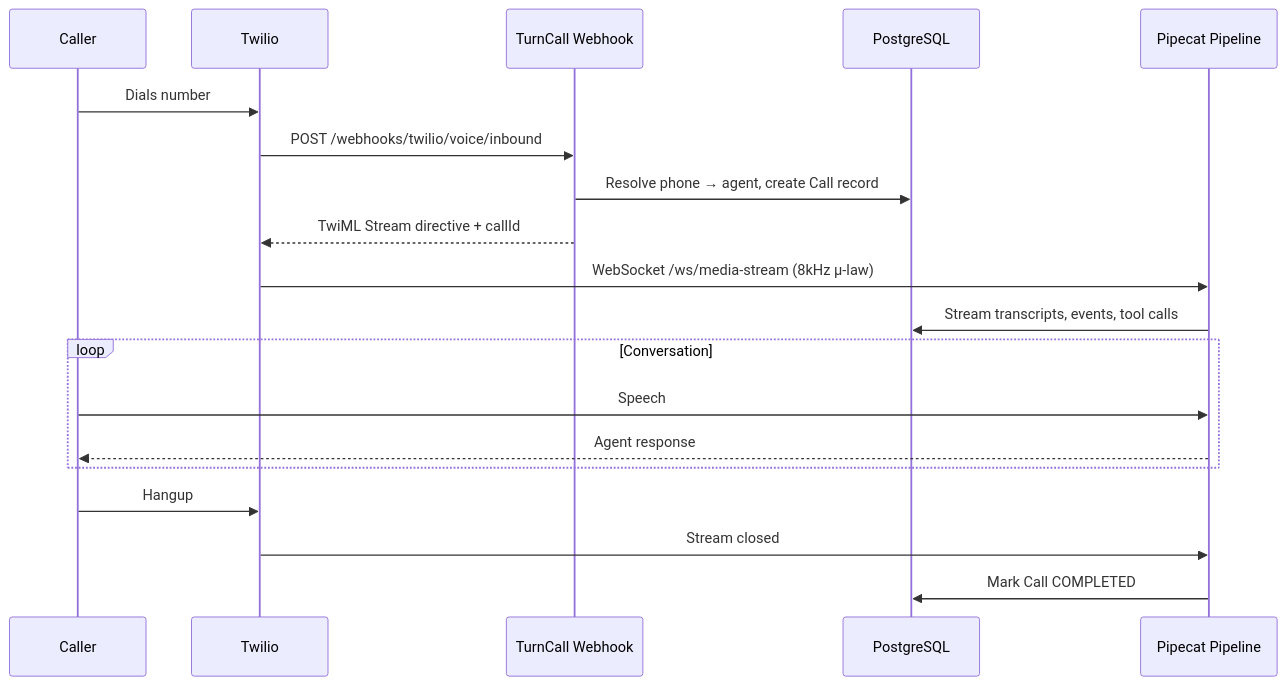
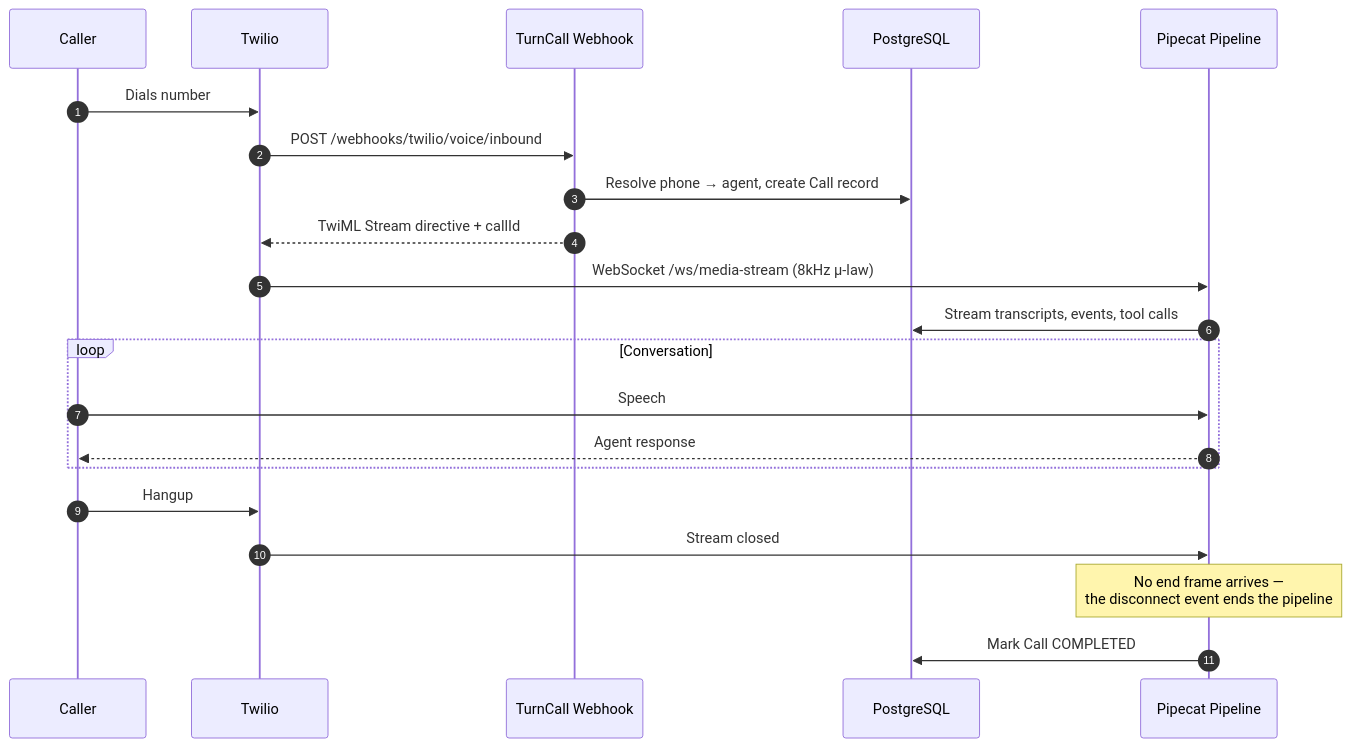
The second of 6 diagrams in docs/architecture.mdx (kobikis/turncall), drawn with Mermaid before and after one commit. The commit also changed other lines of this file and 6 other files, not shown here.

````diff
--- a/docs/architecture.mdx
+++ b/docs/architecture.mdx
@@ -53,22 +48,24 @@
 ```mermaid
 sequenceDiagram
+    autonumber
     participant C as Caller
     participant T as Twilio
     participant W as TurnCall Webhook
     participant DB as PostgreSQL
     participant P as Pipecat Pipeline
 
     C->>T: Dials number
     T->>W: POST /webhooks/twilio/voice/inbound
     W->>DB: Resolve phone → agent, create Call record
     W-->>T: TwiML Stream directive + callId
     T->>P: WebSocket /ws/media-stream (8kHz μ-law)
     P->>DB: Stream transcripts, events, tool calls
     loop Conversation
         C->>P: Speech
         P-->>C: Agent response
     end
     C->>T: Hangup
     T->>P: Stream closed
+    Note over P: No end frame arrives —<br/>the disconnect event ends the pipeline
     P->>DB: Mark Call COMPLETED
 ```
````
